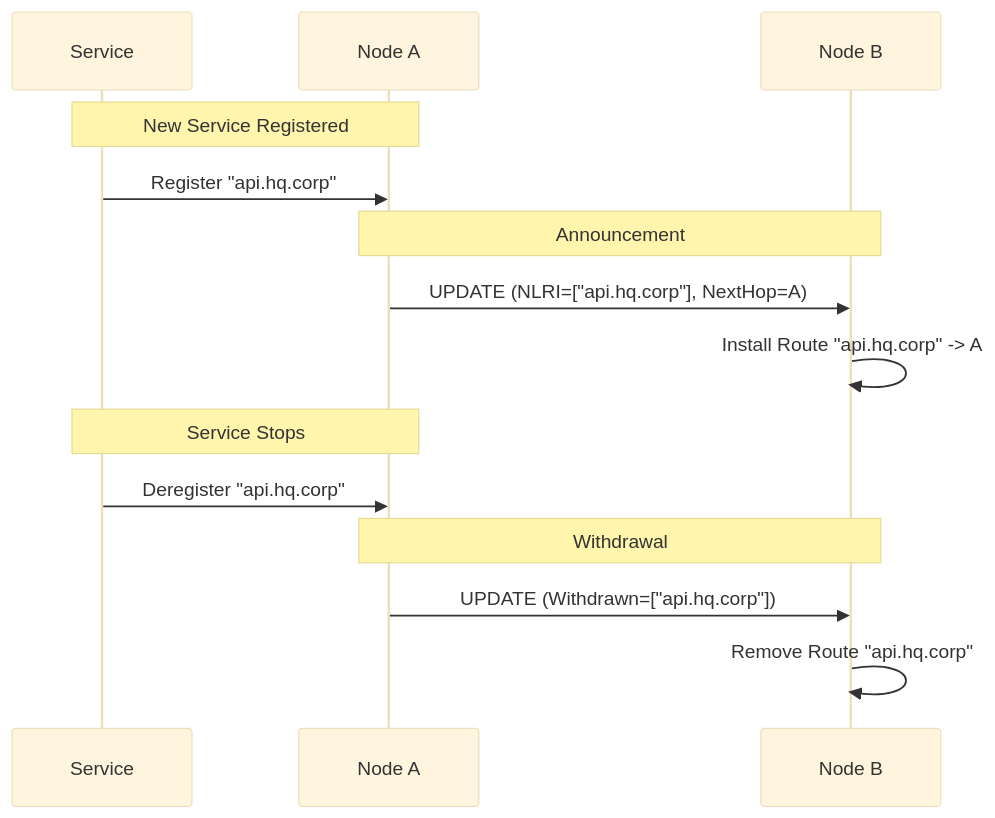
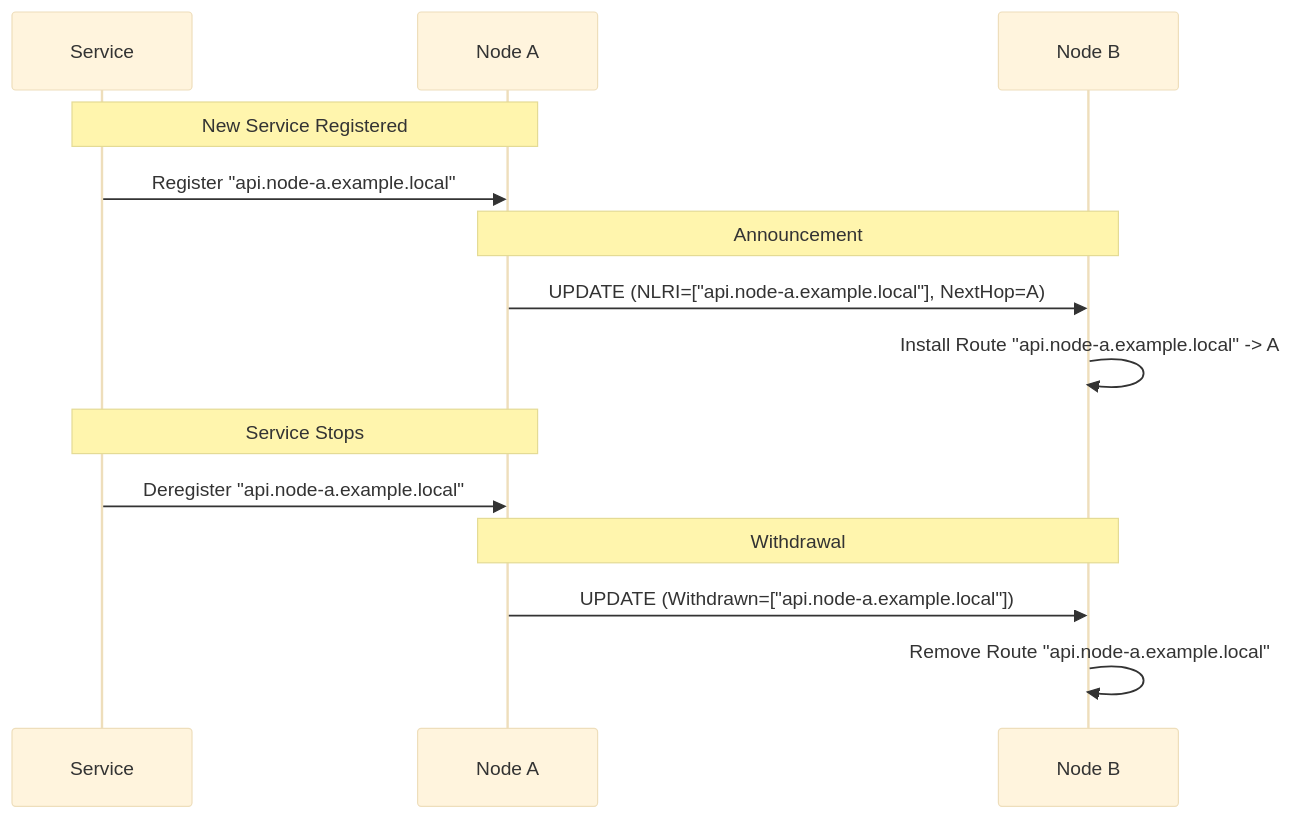
One commit to orbisoperations/catalyst-router changed the third of 4 diagrams in BGP_PROTOCOL.md. Above: the diagram before and after it, drawn with Mermaid (base theme). The commit also changed other lines of this file and 8 other files, not shown here.

First line of the commit message:
feat(config): add FQDN validation schemas and helper functions

````diff
--- a/BGP_PROTOCOL.md
+++ b/BGP_PROTOCOL.md
@@ -124,20 +124,20 @@
 ```mermaid
 sequenceDiagram
     participant Svc as Service
     participant A as Node A
     participant B as Node B
 
     Note over Svc, A: New Service Registered
-    Svc->>A: Register "api.hq.corp"
+    Svc->>A: Register "api.node-a.example.local"
 
     Note over A, B: Announcement
-    A->>B: UPDATE (NLRI=["api.hq.corp"], NextHop=A)
-    B->>B: Install Route "api.hq.corp" -> A
+    A->>B: UPDATE (NLRI=["api.node-a.example.local"], NextHop=A)
+    B->>B: Install Route "api.node-a.example.local" -> A
 
     Note over Svc, A: Service Stops
-    Svc->>A: Deregister "api.hq.corp"
+    Svc->>A: Deregister "api.node-a.example.local"
 
     Note over A, B: Withdrawal
-    A->>B: UPDATE (Withdrawn=["api.hq.corp"])
-    B->>B: Remove Route "api.hq.corp"
+    A->>B: UPDATE (Withdrawn=["api.node-a.example.local"])
+    B->>B: Remove Route "api.node-a.example.local"
 ```
````
